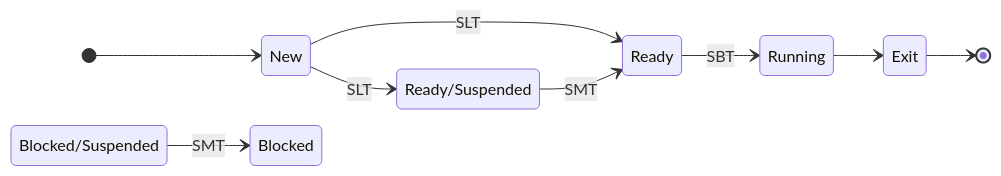
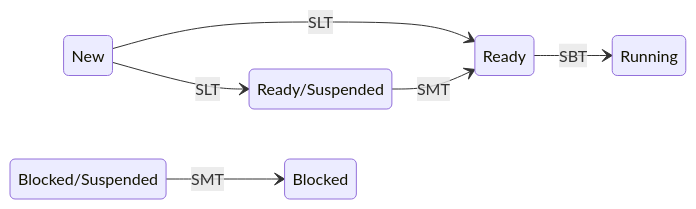
One commit to sravioli/temp-L31 changed the tenth of 18 diagrams in docs/Anno_I/Architettura_degli_Elaboratori_e_Sistemi_Operativi/notes/SO1_so_gestione_processi_scheduling.md. Above: the diagram before and after it, drawn with Mermaid. The commit also changed other lines of this file, not shown here.

First line of the commit message:
fix(docs): general syntax fix, add various mermaid charts

````diff
--- a/docs/Anno_I/Architettura_degli_Elaboratori_e_Sistemi_Operativi/notes/SO1_so_gestione_processi_scheduling.md
+++ b/docs/Anno_I/Architettura_degli_Elaboratori_e_Sistemi_Operativi/notes/SO1_so_gestione_processi_scheduling.md
@@ -487,17 +589,13 @@
 ```mermaid
 stateDiagram-v2
     direction LR
-    rSuspended: Ready/Suspended
-    bSuspended: Blocked/Suspended
+    ReadySuspended: Ready/Suspended
 
-    [*] --> New
-    New --> rSuspended: SLT
     New --> Ready: SLT
+    New --> ReadySuspended: SLT
+    ReadySuspended --> Ready: SMT
+    Ready --> Running: SBT
 
-    rSuspended --> Ready: SMT
-    Ready --> Running: SBT
-    Running --> Exit
-    bSuspended --> Blocked: SMT
-
-    Exit --> [*]
+    BlockedSuspended: Blocked/Suspended
+    BlockedSuspended --> Blocked: SMT
 ```
````
